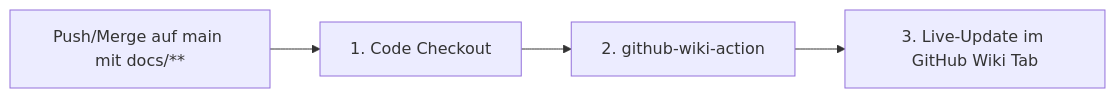
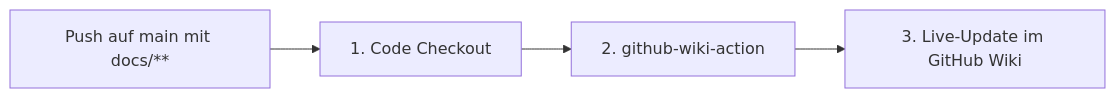
One commit to Der-Mehlmann/KrokenKompass changed the second of 2 diagrams in docs/🚀-Deployment-&-CI-CD-Pipelines.md. Above: the diagram before and after it, drawn with Mermaid. The commit also changed other lines of this file and 9 other files, not shown here.

````diff
--- a/docs/🚀-Deployment-&-CI-CD-Pipelines.md
+++ b/docs/🚀-Deployment-&-CI-CD-Pipelines.md
@@ -133,6 +136,6 @@
 ```mermaid
 flowchart LR
-    Push[Push/Merge auf main mit docs/**] --> Checkout[1. Code Checkout]
-    Checkout --> Sync[2. github-wiki-action]
-    Sync --> Wiki[3. Live-Update im GitHub Wiki Tab]
+    Push["Push auf main mit docs/**"] --> Checkout["1. Code Checkout"]
+    Checkout --> Sync["2. github-wiki-action"]
+    Sync --> Wiki["3. Live-Update im GitHub Wiki"]
 ```
````
